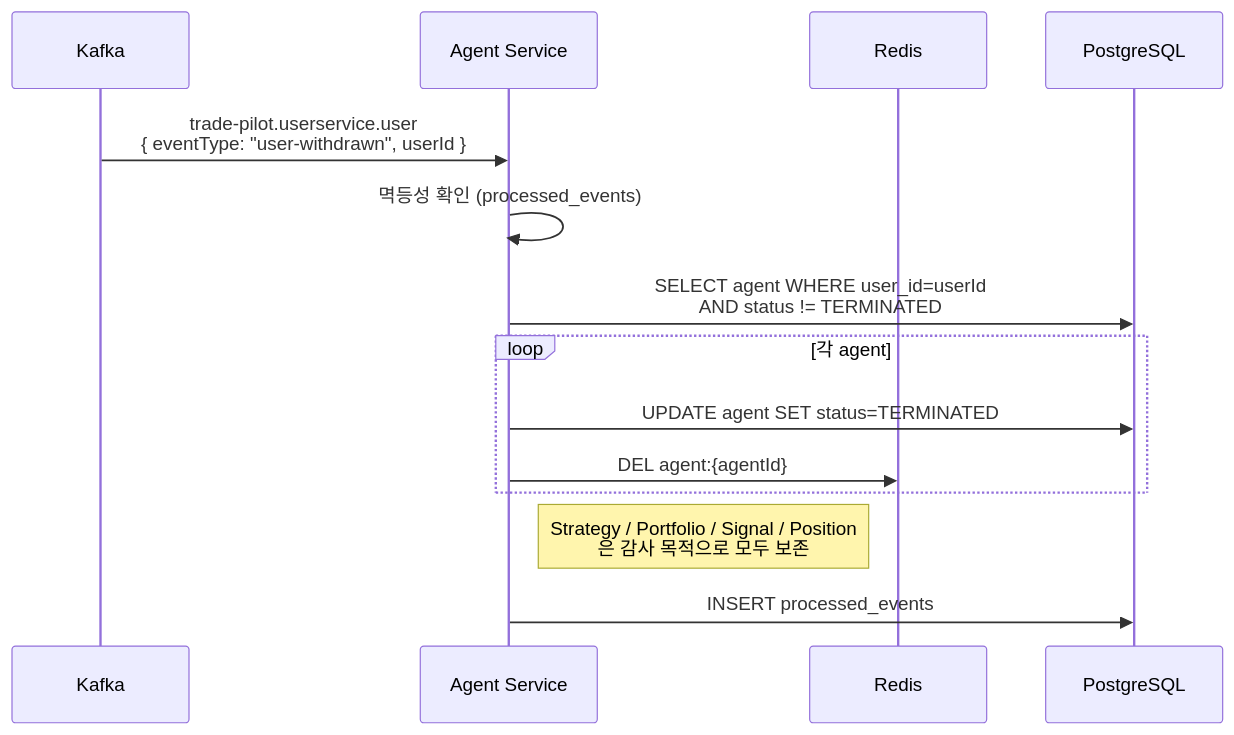
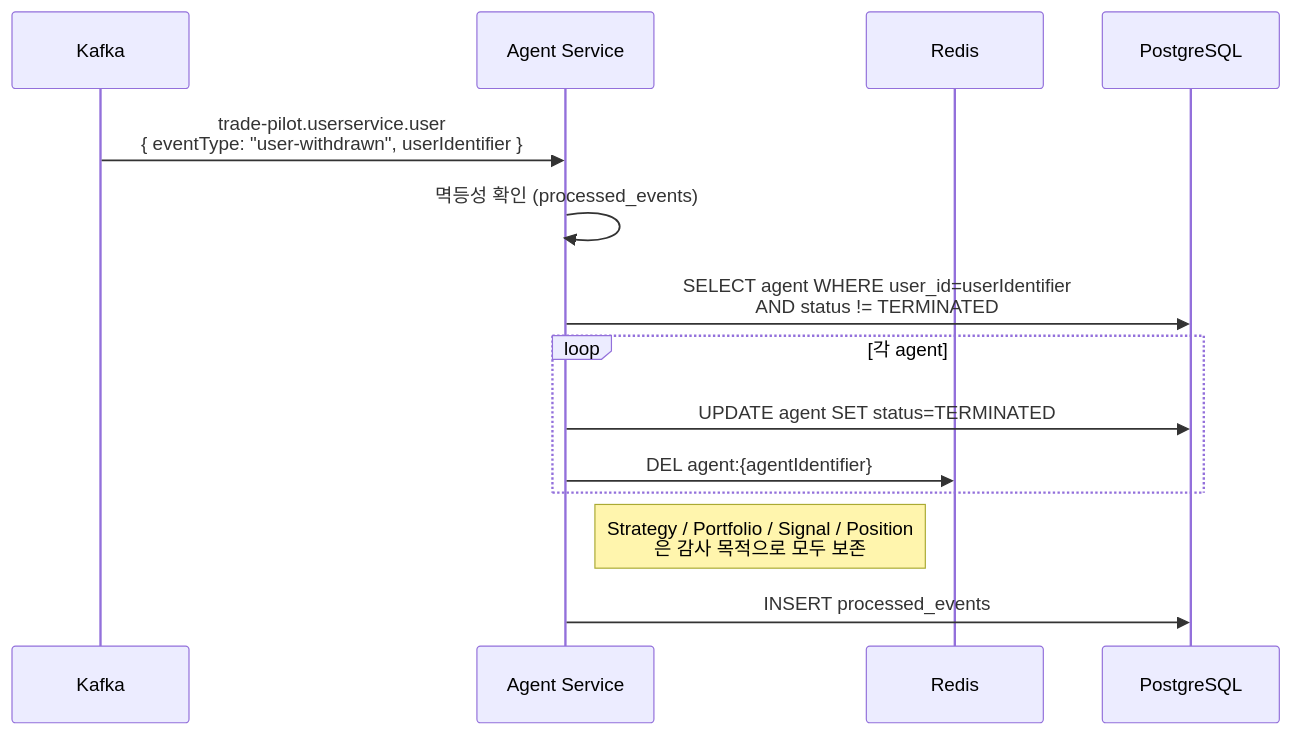
Before and after one commit to Trade-Pilot/.github: the sixth of 6 diagrams in backend/agent/sequence-diagram.md, drawn with Mermaid. The commit also changed other lines of this file and 17 other files, not shown here.

````diff
--- a/backend/agent/sequence-diagram.md
+++ b/backend/agent/sequence-diagram.md
@@ -161,22 +161,22 @@
 ```mermaid
 sequenceDiagram
     participant Kafka
     participant AG   as Agent Service
     participant Redis
     participant DB   as PostgreSQL
 
-    Kafka ->> AG: trade-pilot.userservice.user<br>{ eventType: "user-withdrawn", userId }
+    Kafka ->> AG: trade-pilot.userservice.user<br>{ eventType: "user-withdrawn", userIdentifier }
 
     AG ->> AG: 멱등성 확인 (processed_events)
 
-    AG ->> DB: SELECT agent WHERE user_id=userId<br>AND status != TERMINATED
+    AG ->> DB: SELECT agent WHERE user_id=userIdentifier<br>AND status != TERMINATED
 
     loop 각 agent
         AG ->> DB: UPDATE agent SET status=TERMINATED
-        AG ->> Redis: DEL agent:{agentId}
+        AG ->> Redis: DEL agent:{agentIdentifier}
     end
 
     Note right of AG: Strategy / Portfolio / Signal / Position<br>은 감사 목적으로 모두 보존
 
     AG ->> DB: INSERT processed_events
 ```
````
